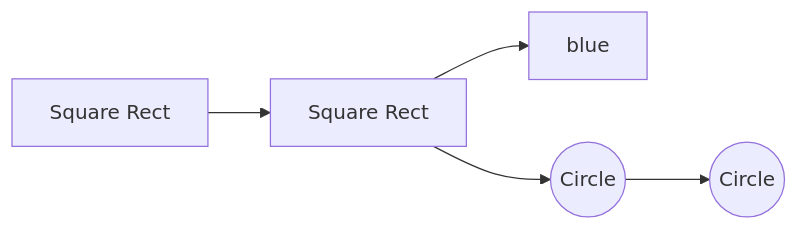
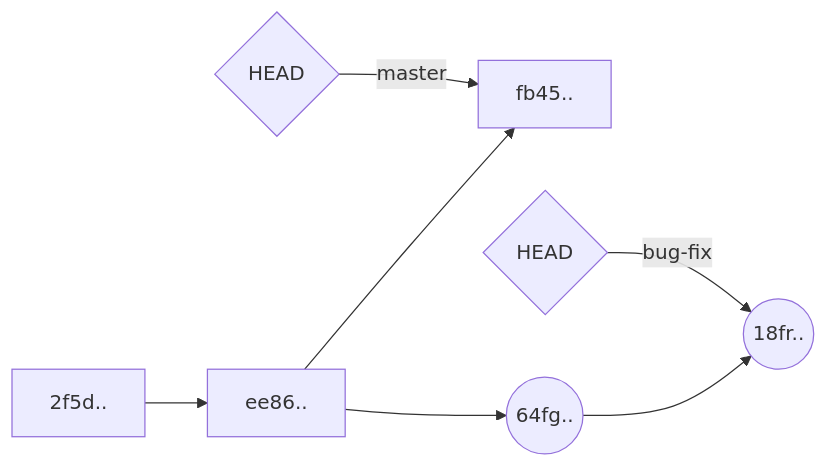
The third of 4 diagrams in section_6/part_1.md (supernova-Z313/Git_and_Github_course), drawn with Mermaid before and after one commit. The commit also changed other lines of this file, not shown here.

````diff
--- a/section_6/part_1.md
+++ b/section_6/part_1.md
@@ -42,7 +48,9 @@
-```mermaid
-graph LR
-A[Square Rect] --> B[Square Rect]
-B --> F[blue]
-B --> C((Circle))
-C --> D((Circle))
-```
+	```mermaid
+	graph LR
+	A[2f5d..] --> B[ee86..]
+	B --> F[fb45..]
+	X{HEAD} -- master --> F
+	B --> C((64fg..))
+	C --> D((18fr..))
+	Y{HEAD} -- bug-fix --> D
+	```
````
